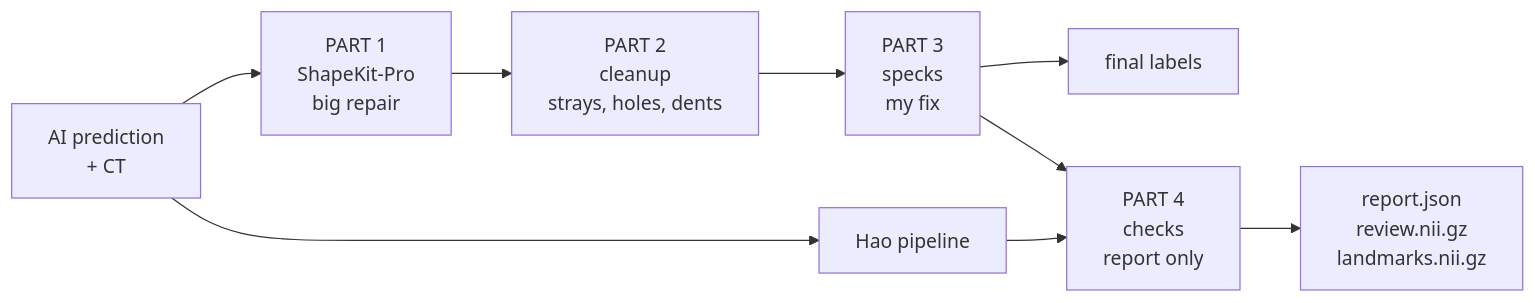
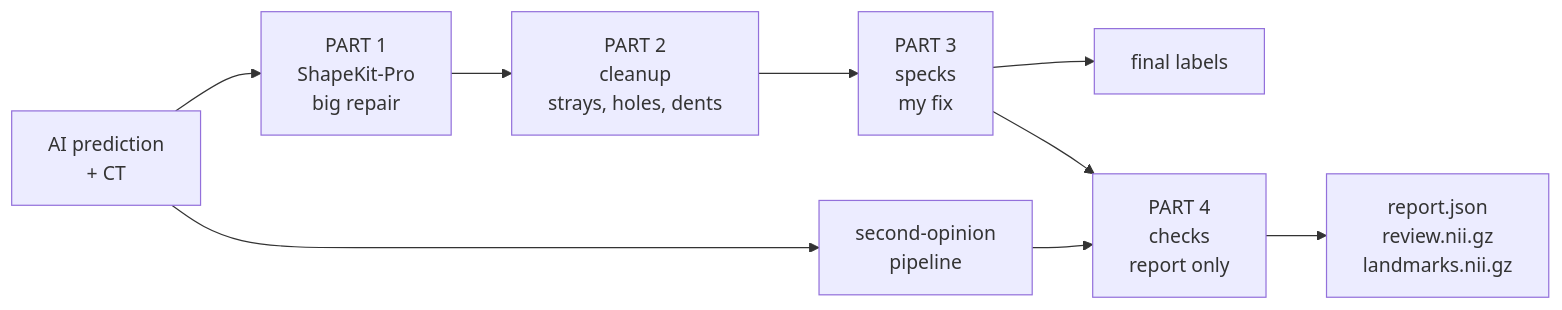
The diagram in README.md (Khubaib-Ahmed7/BODYMAPS_WARMUP_KHUBAIB), drawn with Mermaid before and after one commit. The commit also changed other lines of this file and 3 other files, not shown here.

````diff
--- a/README.md
+++ b/README.md
@@ -117,10 +120,10 @@
 ```mermaid
 flowchart LR
     A[AI prediction<br>+ CT] --> P1[PART 1<br>ShapeKit-Pro<br>big repair]
     P1 --> P2[PART 2<br>cleanup<br>strays, holes, dents]
     P2 --> P3[PART 3<br>specks<br>my fix]
     P3 --> OUT[final labels]
     P3 --> P4[PART 4<br>checks<br>report only]
-    A --> H[Hao pipeline] --> P4
+    A --> H[second-opinion<br>pipeline] --> P4
     P4 --> R[report.json<br>review.nii.gz<br>landmarks.nii.gz]
 ```
````
